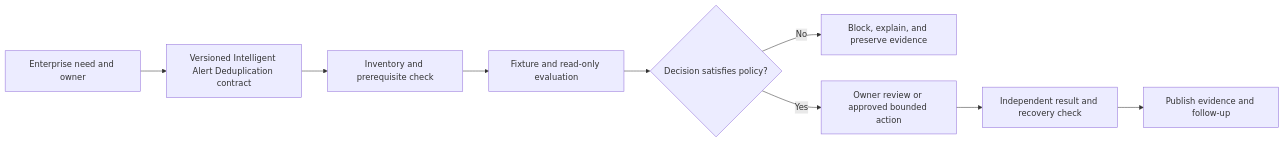
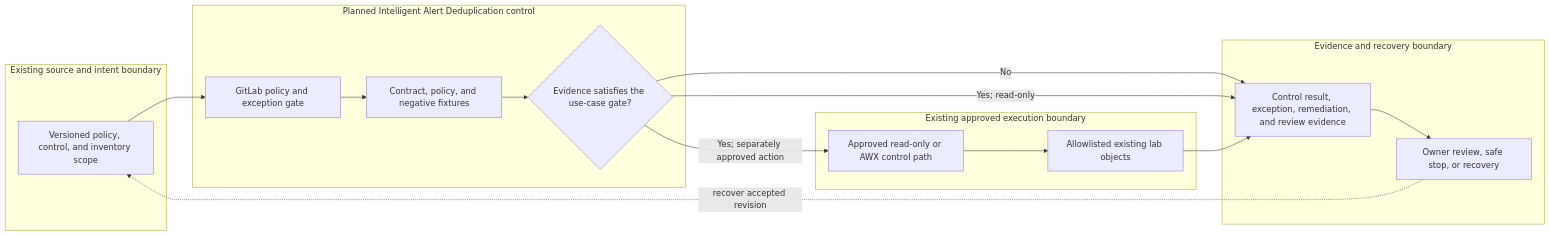
The diagram in docs/use-cases/governance/UC-GOV-019-intelligent-alert-deduplication.md (MIDHTECH/enterprise-architecture-docs), drawn with Mermaid before and after one commit. The commit also changed other lines of this file and 227 other files, not shown here.

Commit message:
Deepen architecture for all use case designs

````diff
--- a/docs/use-cases/governance/UC-GOV-019-intelligent-alert-deduplication.md
+++ b/docs/use-cases/governance/UC-GOV-019-intelligent-alert-deduplication.md
@@ -136,11 +129,25 @@
 ```mermaid
 flowchart LR
-    Need["Enterprise need and owner"] --> Contract["Versioned Intelligent Alert Deduplication contract"]
-    Contract --> Preflight["Inventory and prerequisite check"]
-    Preflight --> Evaluate["Fixture and read-only evaluation"]
-    Evaluate --> Decision{"Decision satisfies policy?"}
-    Decision -->|No| Stop["Block, explain, and preserve evidence"]
-    Decision -->|Yes| Review["Owner review or approved bounded action"]
-    Review --> Verify["Independent result and recovery check"]
-    Verify --> Publish["Publish evidence and follow-up"]
+    subgraph Source["Existing source and intent boundary"]
+        A["Versioned policy, control, and inventory scope"]
+    end
+    subgraph Planned["Planned Intelligent Alert Deduplication control"]
+        B["GitLab policy and exception gate"]
+        C["Contract, policy, and negative fixtures"]
+        D{"Evidence satisfies the use-case gate?"}
+    end
+    subgraph Runtime["Existing approved execution boundary"]
+        E["Approved read-only or AWX control path"]
+        F["Allowlisted existing lab objects"]
+    end
+    subgraph Assurance["Evidence and recovery boundary"]
+        G["Control result, exception, remediation, and review evidence"]
+        H["Owner review, safe stop, or recovery"]
+    end
+
+    A --> B --> C --> D
+    D -->|No| G --> H
+    D -->|Yes; read-only| G
+    D -->|Yes; separately approved action| E --> F --> G
+    H -. recover accepted revision .-> A
 ```
````
